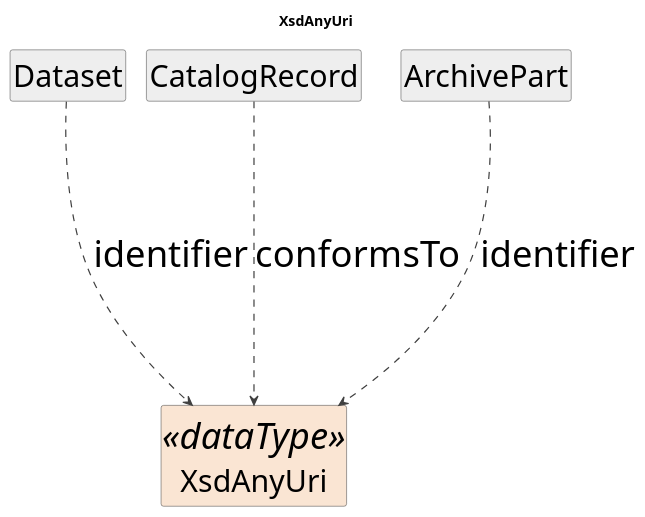
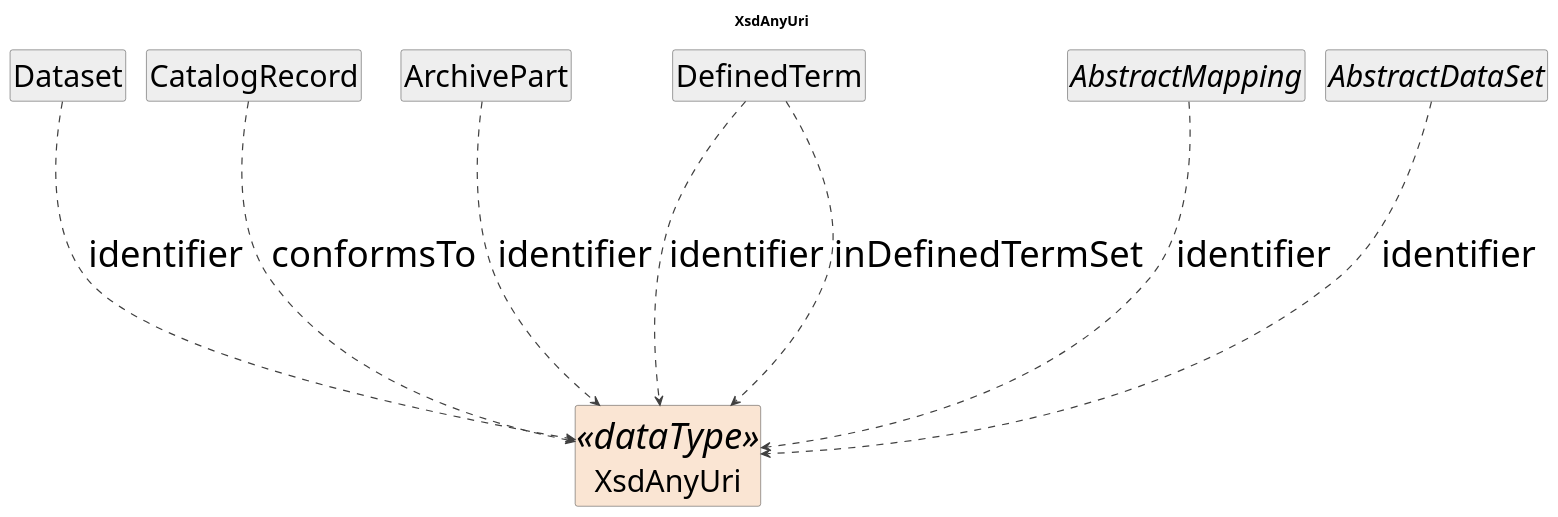
One commit to Cross-Domain-Interoperability-Framework/metadataBuildingBlocks changed the diagram in cdif-uml-model/CDIFManifest/DataTypes/XsdAnyUri.pu. Above: the diagram before and after it, drawn with PlantUML. The commit also changed 485 other files, not shown here.

```diff
--- a/cdif-uml-model/CDIFManifest/DataTypes/XsdAnyUri.pu
+++ b/cdif-uml-model/CDIFManifest/DataTypes/XsdAnyUri.pu
@@ -1,25 +1,32 @@
 @startuml
 title XsdAnyUri
 hide circle
 hide empty members
 skinparam shadowing false
 skinparam ArrowThickness 1.2
 skinparam ranksep 250
 skinparam nodesep 20
 skinparam defaultFontSize 36
 skinparam class {
   ArrowColor #404040
   BorderColor #404040
   FontSize 36
   AttributeFontSize 30
 }
 
 class "XsdAnyUri" as XsdAnyUri <<dataType>> #FAE5D3
 class "Dataset" as Dataset #EEEEEE
 Dataset ..> XsdAnyUri : identifier
 class "CatalogRecord" as CatalogRecord #EEEEEE
 CatalogRecord ..> XsdAnyUri : conformsTo
 class "ArchivePart" as ArchivePart #EEEEEE
 ArchivePart ..> XsdAnyUri : identifier
+class "DefinedTerm" as DefinedTerm #EEEEEE
+DefinedTerm ..> XsdAnyUri : identifier
+DefinedTerm ..> XsdAnyUri : inDefinedTermSet
+abstract class "AbstractMapping" as AbstractMapping #EEEEEE
+AbstractMapping ..> XsdAnyUri : identifier
+abstract class "AbstractDataSet" as AbstractDataSet #EEEEEE
+AbstractDataSet ..> XsdAnyUri : identifier
 
 @enduml
```
